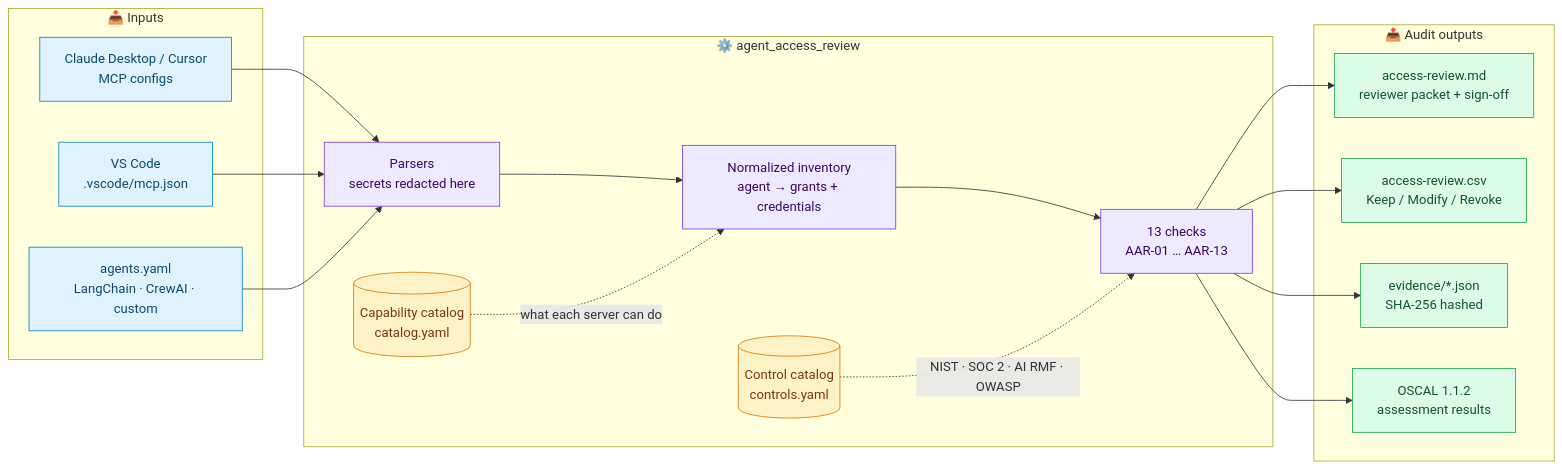
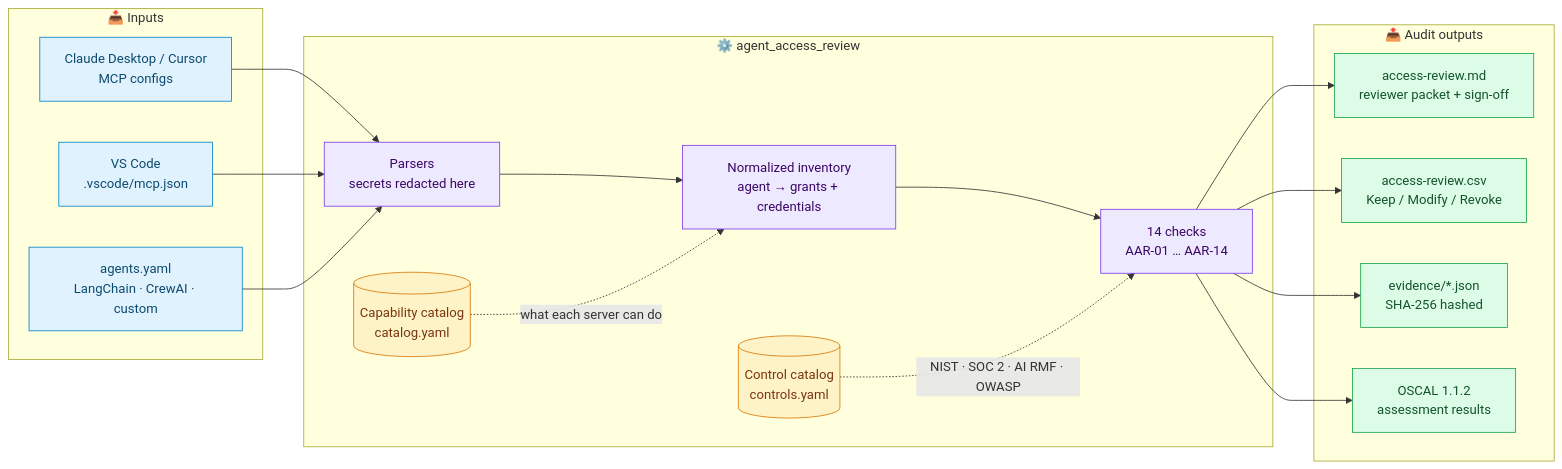
The second of 4 diagrams in README.md (Mihirajmera/agent-access-review), drawn with Mermaid before and after one commit. The commit also changed other lines of this file and 23 other files, not shown here.

````diff
--- a/README.md
+++ b/README.md
@@ -121,34 +122,34 @@
 ```mermaid
 flowchart LR
     subgraph IN["📥 Inputs"]
         A["Claude Desktop / Cursor<br/>MCP configs"]
         B["VS Code<br/>.vscode/mcp.json"]
         C["agents.yaml<br/>LangChain · CrewAI · custom"]
     end
     subgraph CORE["⚙️ agent_access_review"]
         P["Parsers<br/>secrets redacted here"]
         K[("Capability catalog<br/>catalog.yaml")]
         I["Normalized inventory<br/>agent → grants + credentials"]
-        X["13 checks<br/>AAR-01 … AAR-13"]
+        X["14 checks<br/>AAR-01 … AAR-14"]
         M[("Control catalog<br/>controls.yaml")]
     end
     subgraph OUT["📤 Audit outputs"]
         R["access-review.md<br/>reviewer packet + sign-off"]
         S["access-review.csv<br/>Keep / Modify / Revoke"]
         E["evidence/*.json<br/>SHA-256 hashed"]
         O["OSCAL 1.1.2<br/>assessment results"]
     end
     A & B & C --> P --> I --> X
     K -. "what each server can do" .-> I
     M -. "NIST · SOC 2 · AI RMF · OWASP" .-> X
     X --> R & S & E & O
 
     classDef input fill:#e0f2fe,stroke:#0284c7,color:#0c4a6e
     classDef core fill:#ede9fe,stroke:#7c3aed,color:#3b0764
     classDef data fill:#fef3c7,stroke:#d97706,color:#78350f
     classDef output fill:#dcfce7,stroke:#16a34a,color:#14532d
     class A,B,C input
     class P,I,X core
     class K,M data
     class R,S,E,O output
 ```
````
